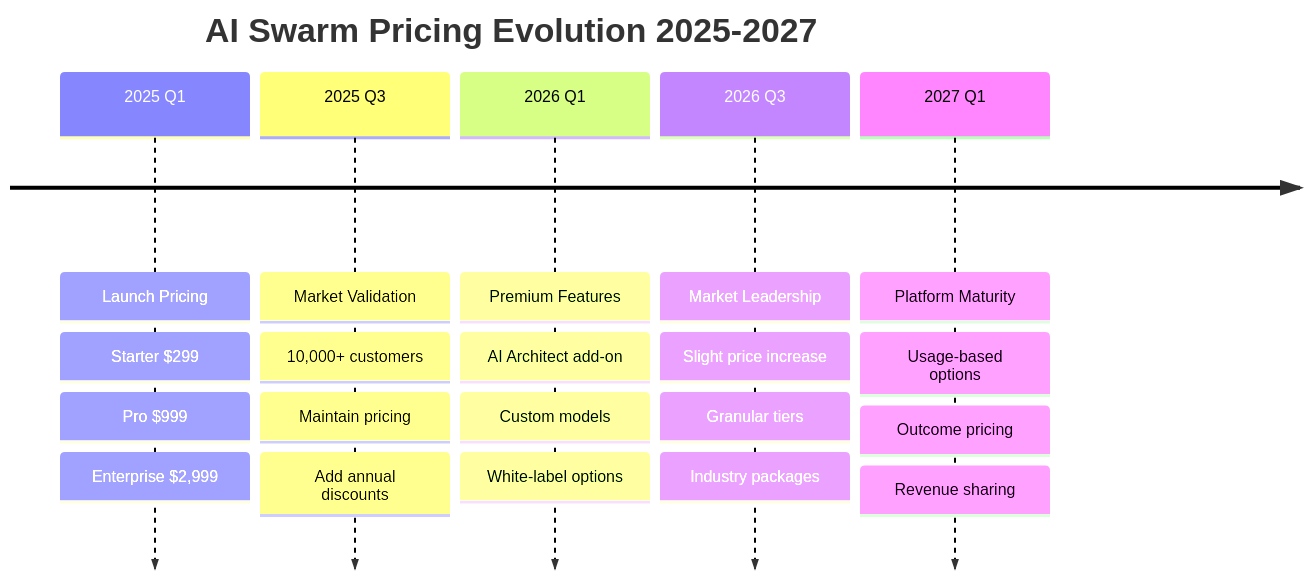
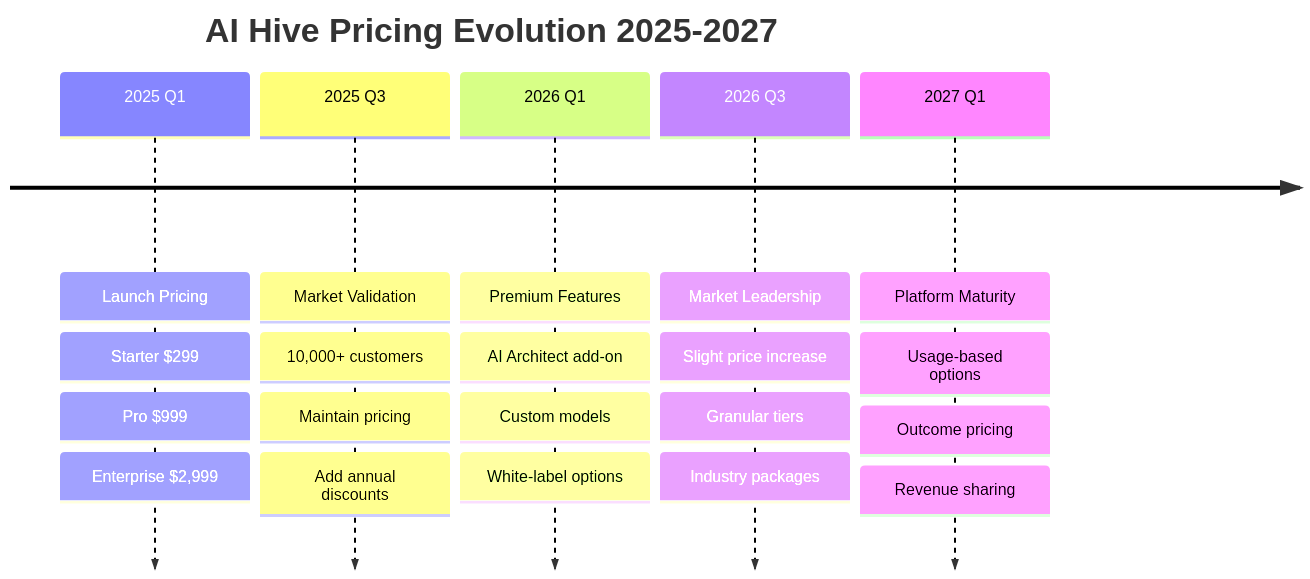
Before and after one commit to o2alexanderfedin/AI-Hive-Business-Docs: the seventh of 10 diagrams in business-documents/competitive-positioning/05-pricing-strategy.md, drawn with Mermaid. The commit also changed other lines of this file and 22 other files, not shown here.

First line of the commit message:
Replace all references from 'AI Swarm' to 'AI Hive' across project

````diff
--- a/business-documents/competitive-positioning/05-pricing-strategy.md
+++ b/business-documents/competitive-positioning/05-pricing-strategy.md
@@ -297,29 +297,29 @@
 ```mermaid
 timeline
-    title AI Swarm Pricing Evolution 2025-2027
+    title AI Hive Pricing Evolution 2025-2027
 
     2025 Q1 : Launch Pricing
             : Starter $299
             : Pro $999
             : Enterprise $2,999
 
     2025 Q3 : Market Validation
             : 10,000+ customers
             : Maintain pricing
             : Add annual discounts
 
     2026 Q1 : Premium Features
             : AI Architect add-on
             : Custom models
             : White-label options
 
     2026 Q3 : Market Leadership
             : Slight price increase
             : Granular tiers
             : Industry packages
 
     2027 Q1 : Platform Maturity
             : Usage-based options
             : Outcome pricing
             : Revenue sharing
 ```
````
